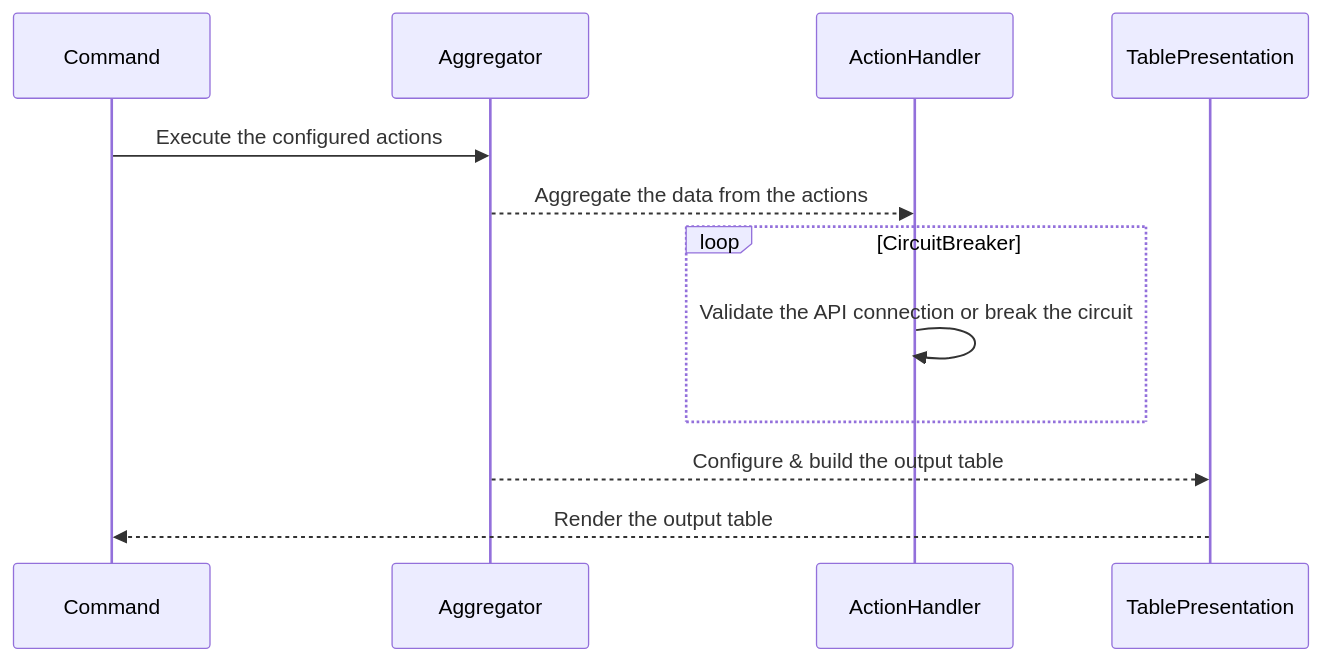
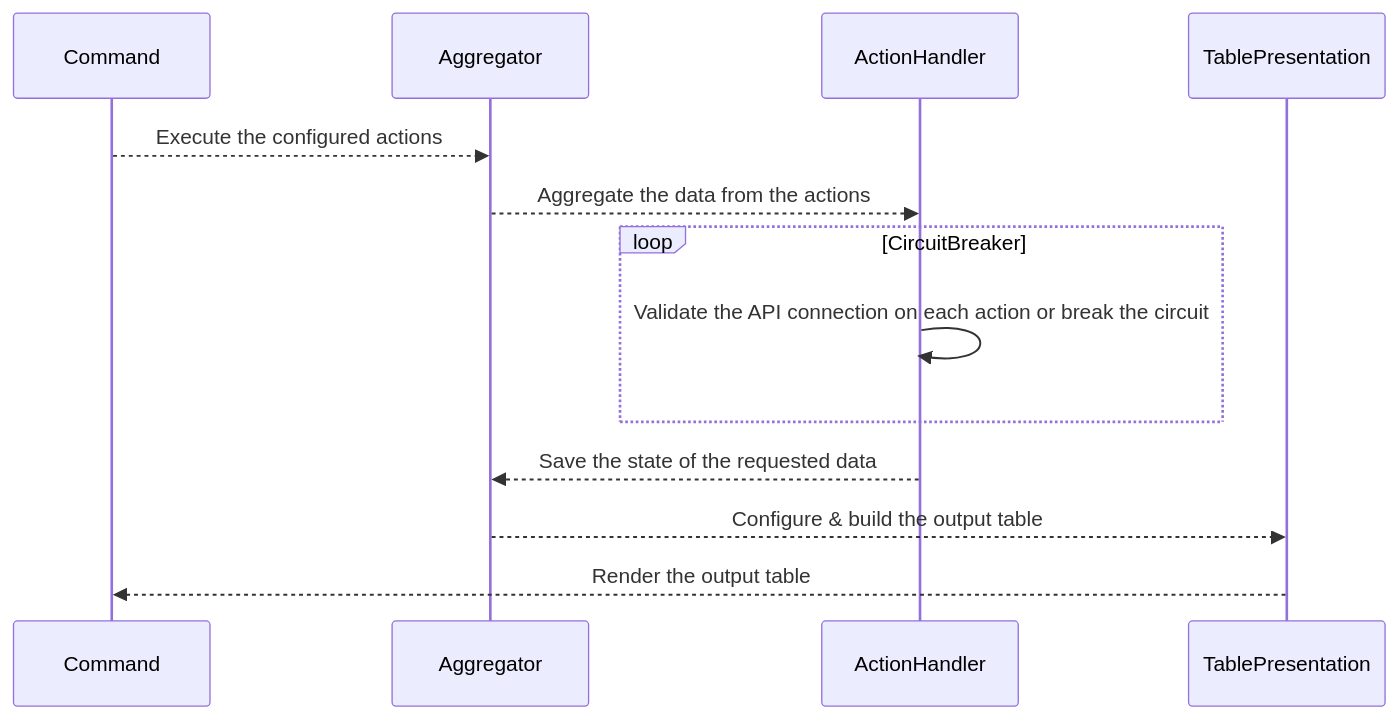
The diagram in readme.md (rickintveld/my_fx_book), drawn with Mermaid before and after one commit.

Commit message:
Added another step in the diagram

````diff
--- a/readme.md
+++ b/readme.md
@@ -55,10 +55,11 @@
 ```mermaid
 sequenceDiagram
-Command->>Aggregator: Execute the configured actions
+Command-->>Aggregator: Execute the configured actions
 Aggregator-->>ActionHandler: Aggregate the data from the actions
 loop CircuitBreaker
-    ActionHandler->>ActionHandler: Validate the API connection or break the circuit
+    ActionHandler->>ActionHandler: Validate the API connection on each action or break the circuit
 end
+ActionHandler-->>Aggregator: Save the state of the requested data
 Aggregator-->>TablePresentation: Configure & build the output table
 TablePresentation-->>Command: Render the output table
 ```
````
